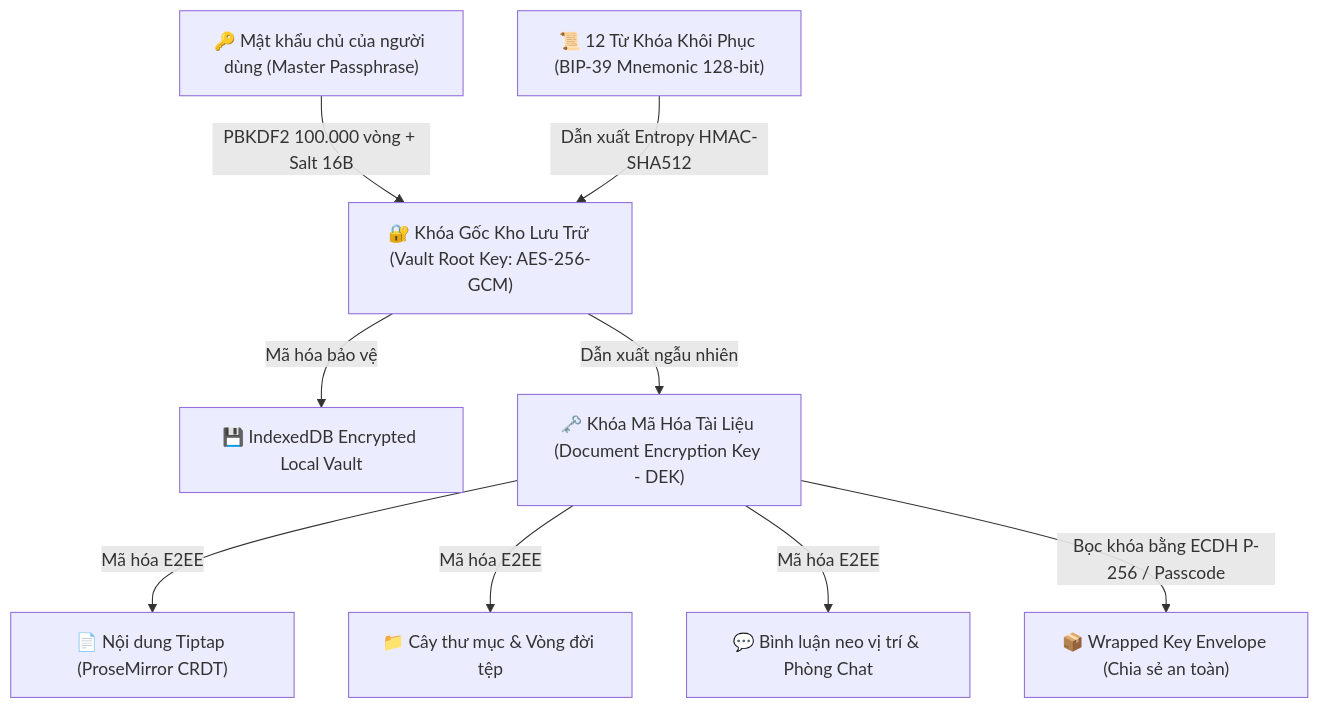
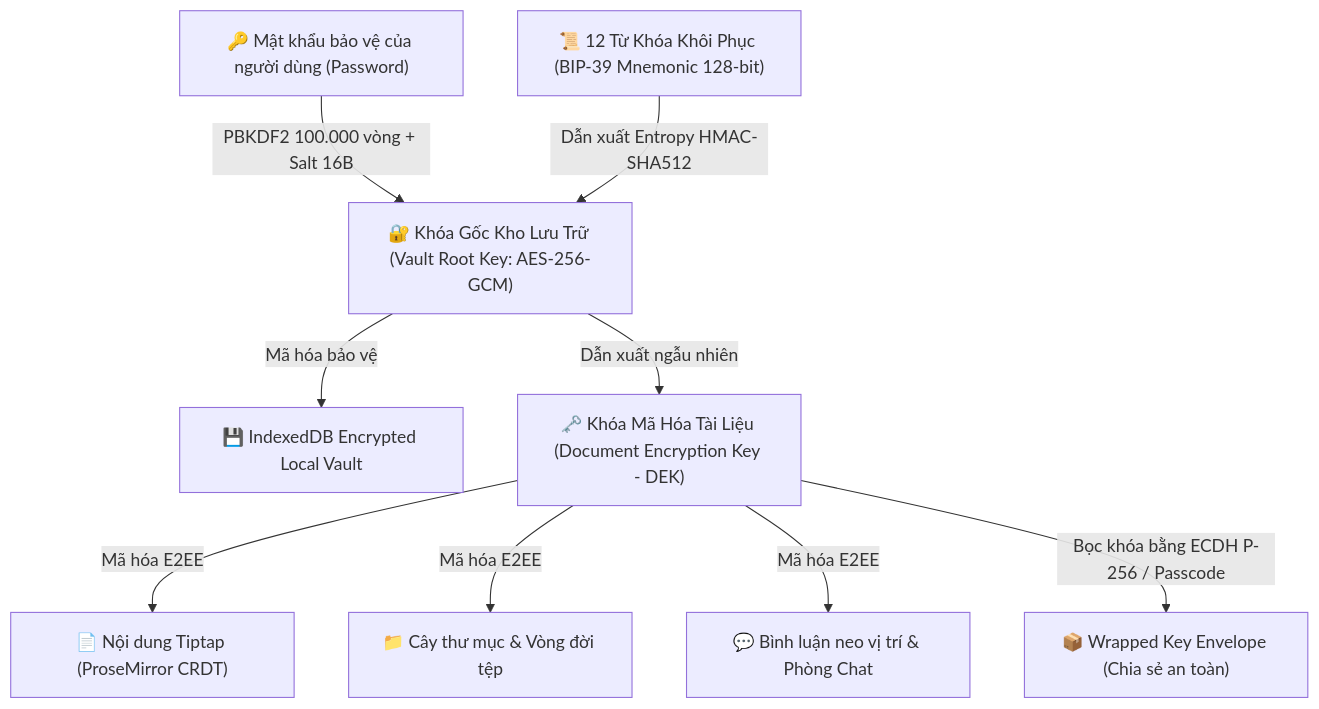
One commit to QuangS2/VaultSync changed the second of 2 diagrams in README.md. Above: the diagram before and after it, drawn with Mermaid. The commit also changed other lines of this file and 28 other files, not shown here.

````diff
--- a/README.md
+++ b/README.md
@@ -129,14 +129,14 @@
 ```mermaid
 graph TD
-    UserPass["🔑 Mật khẩu chủ của người dùng (Master Passphrase)"] -->|PBKDF2 100.000 vòng + Salt 16B| MasterKey["🔐 Khóa Gốc Kho Lưu Trữ (Vault Root Key: AES-256-GCM)"]
+    UserPass["🔑 Mật khẩu bảo vệ của người dùng (Password)"] -->|PBKDF2 100.000 vòng + Salt 16B| MasterKey["🔐 Khóa Gốc Kho Lưu Trữ (Vault Root Key: AES-256-GCM)"]
     Mnemonic["📜 12 Từ Khóa Khôi Phục (BIP-39 Mnemonic 128-bit)"] -->|Dẫn xuất Entropy HMAC-SHA512| MasterKey
     
     MasterKey -->|Mã hóa bảo vệ| LocalStorage["💾 IndexedDB Encrypted Local Vault"]
     MasterKey -->|Dẫn xuất ngẫu nhiên| DEK["🗝️ Khóa Mã Hóa Tài Liệu (Document Encryption Key - DEK)"]
     
     DEK -->|Mã hóa E2EE| DocContent["📄 Nội dung Tiptap (ProseMirror CRDT)"]
     DEK -->|Mã hóa E2EE| TreeState["📁 Cây thư mục & Vòng đời tệp"]
     DEK -->|Mã hóa E2EE| Comments["💬 Bình luận neo vị trí & Phòng Chat"]
     
     DEK -->|Bọc khóa bằng ECDH P-256 / Passcode| WrappedKey["📦 Wrapped Key Envelope (Chia sẻ an toàn)"]
 ```
````
